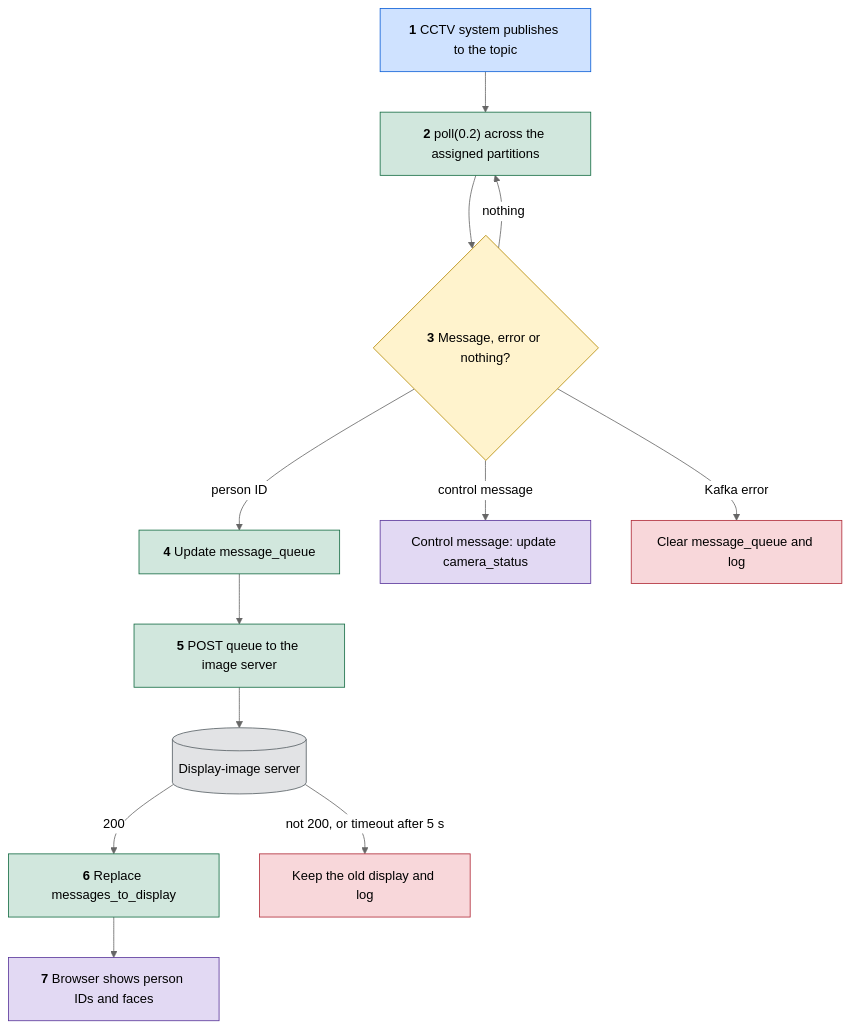
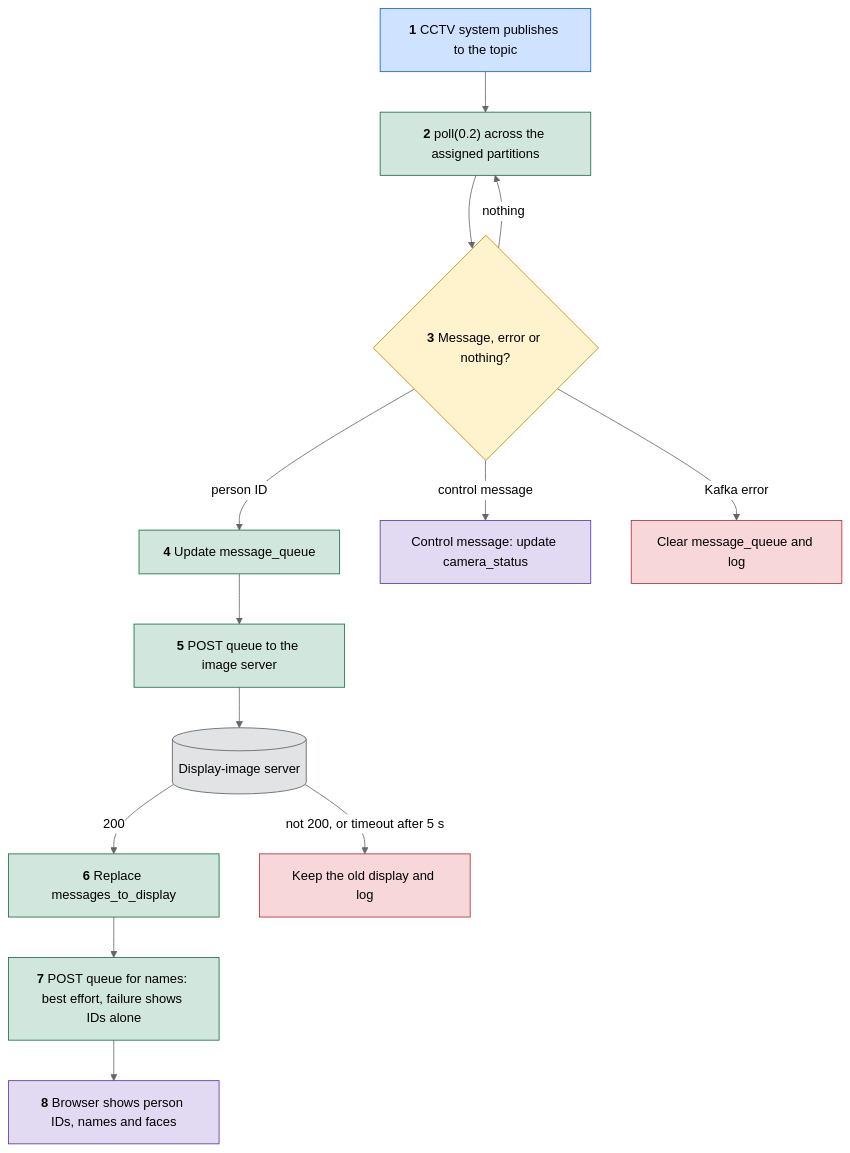
Before and after one commit to hamza-aziz-ai/Kafka-WebApp: the first of 4 diagrams in docs/FLOW.md, drawn with Mermaid (neutral theme). The commit also changed other lines of this file and 13 other files, not shown here.

````diff
--- a/docs/FLOW.md
+++ b/docs/FLOW.md
@@ -26,29 +26,30 @@
 ```mermaid
 flowchart TD
     A["`**1** CCTV system publishes to the topic`"]:::way
     B["`**2** poll(0.2) across the assigned partitions`"]:::step
     C{"`**3** Message, error or nothing?`"}:::decide
     D["`**4** Update message_queue`"]:::step
     K["`Control message: update camera_status`"]:::outcome
     E["`**5** POST queue to the image server`"]:::step
     F[("`Display-image server`")]:::store
     G["`**6** Replace messages_to_display`"]:::step
-    H["`**7** Browser shows person IDs and faces`"]:::outcome
+    N["`**7** POST queue for names: best effort, failure shows IDs alone`"]:::step
+    H["`**8** Browser shows person IDs, names and faces`"]:::outcome
     I["`Clear message_queue and log`"]:::err
     J["`Keep the old display and log`"]:::err
 
     A --> B --> C
     C -->|person ID| D --> E --> F
     C -->|control message| K
-    F -->|200| G --> H
+    F -->|200| G --> N --> H
     F -->|not 200, or timeout after 5 s| J
     C -->|Kafka error| I
     C -->|nothing| B
 
     classDef way fill:#cfe2ff,stroke:#0b5ed7,color:#000
     classDef step fill:#d1e7dd,stroke:#146c43,color:#000
     classDef decide fill:#fff3cd,stroke:#b58900,color:#000
     classDef outcome fill:#e2d9f3,stroke:#59359a,color:#000
     classDef err fill:#f8d7da,stroke:#b02a37,color:#000
     classDef store fill:#e2e3e5,stroke:#565e64,color:#000
 ```
````
